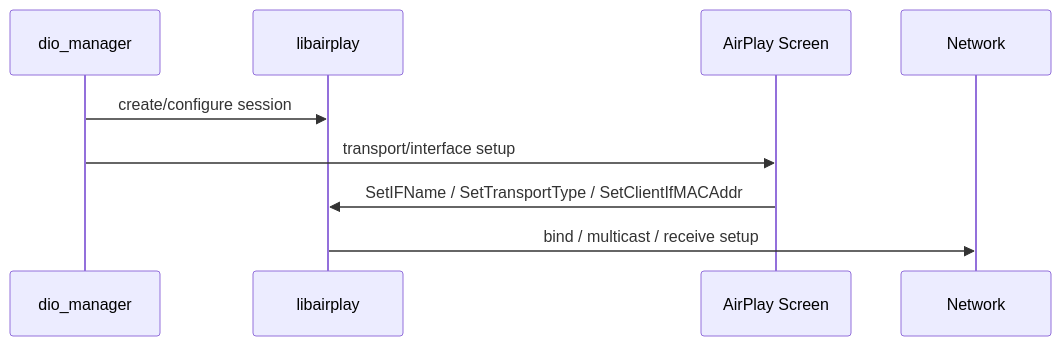
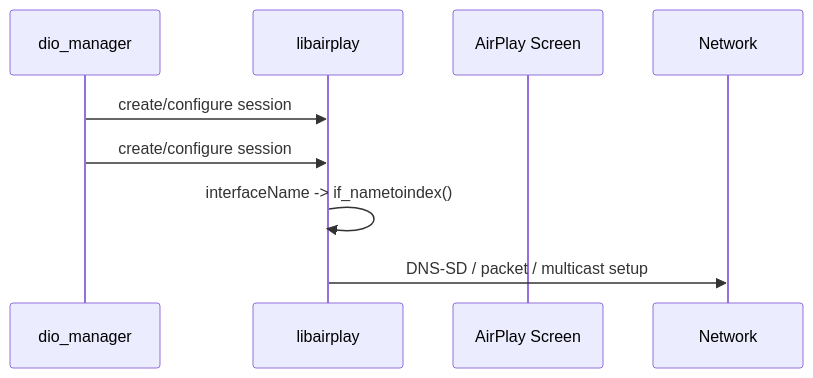
Before and after one commit to joeyQuery/MHI2-Wireless-CarPlay: the ninth of 23 diagrams in docs/wireless-carplay-architecture.md, drawn with Mermaid. The commit also changed other lines of this file, not shown here.

Commit message:
Update master architecture with recovered transport boundaries

```diff
--- a/docs/wireless-carplay-architecture.md
+++ b/docs/wireless-carplay-architecture.md
@@ -324,12 +328,12 @@
 ~~~mermaid
 sequenceDiagram
     participant D as dio_manager
     participant A as libairplay
     participant S as AirPlay Screen
     participant N as Network
 
     D->>A: create/configure session
-    D->>S: transport/interface setup
-    S->>A: SetIFName / SetTransportType / SetClientIfMACAddr
-    A->>N: bind / multicast / receive setup
+    D->>A: create/configure session
+    A->>A: interfaceName -> if_nametoindex()
+    A->>N: DNS-SD / packet / multicast setup
 ~~~
```
